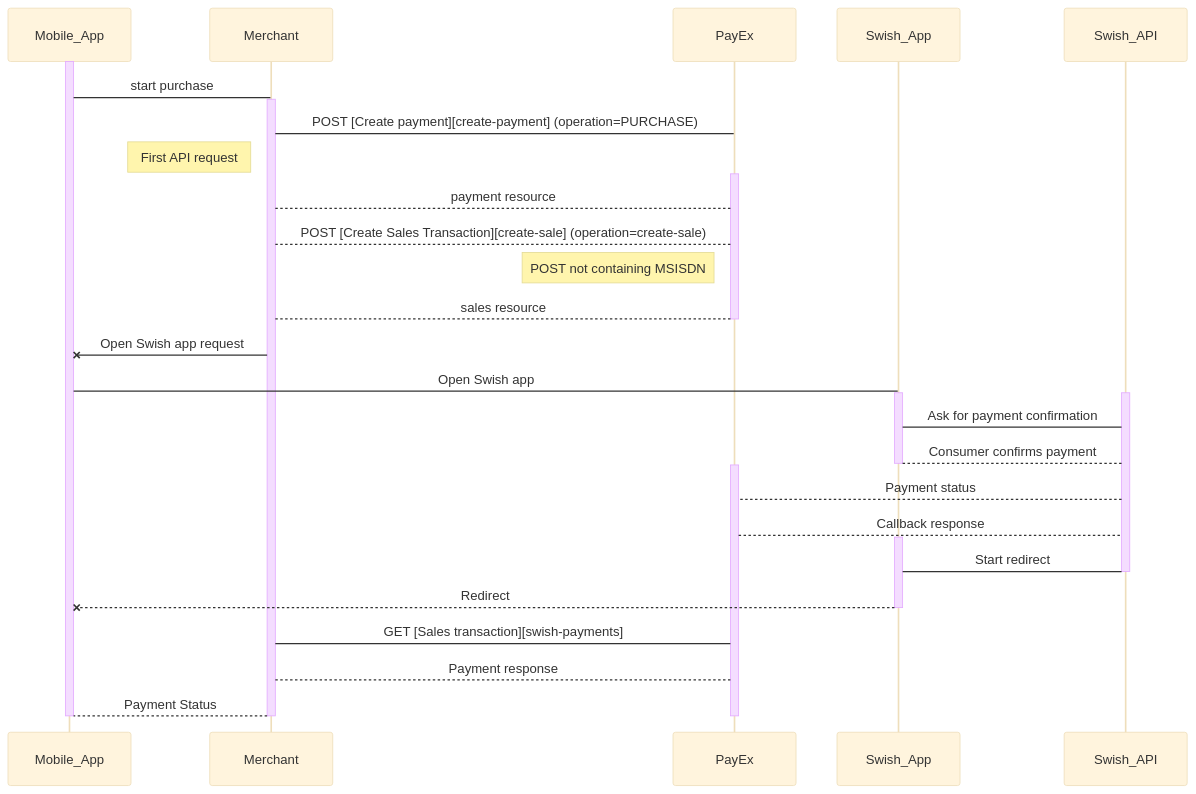
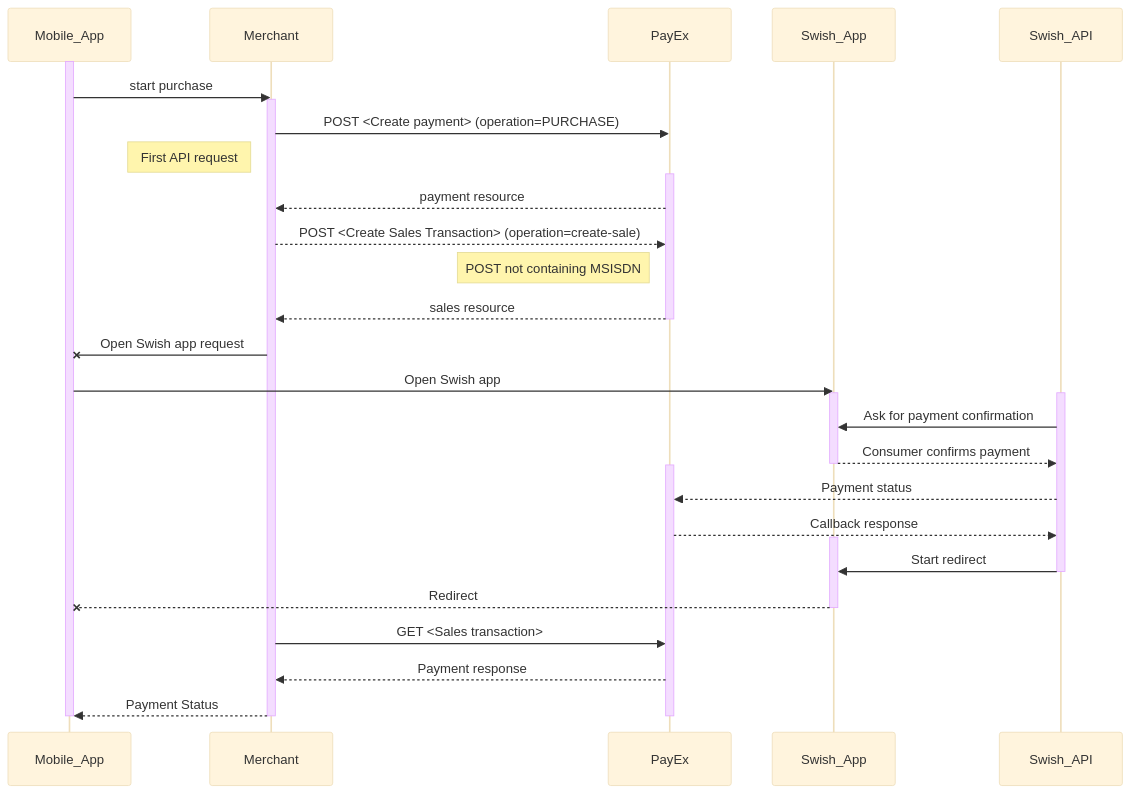
Before and after one commit to SwedbankPay/developer.swedbankpay.com: the fifth of 7 diagrams in payments/swish/index.md, drawn with Mermaid (base theme). The commit also changed other lines of this file, not shown here.

Commit message:
dx-256 fix line lengths in swish index

````diff
--- a/payments/swish/index.md
+++ b/payments/swish/index.md
@@ -295,41 +410,41 @@
 ```mermaid
 sequenceDiagram
   Activate Mobile_App
-  Mobile_App->Merchant: start purchase
+  Mobile_App->>Merchant: start purchase
   Activate Merchant
-  Merchant->PayEx: POST [Create payment][create-payment] (operation=PURCHASE)
+  Merchant->>PayEx: POST <Create payment> (operation=PURCHASE)
   note left of Merchant: First API request
   Activate PayEx
-  PayEx-->Merchant: payment resource
+  PayEx-->>Merchant: payment resource
 
-  Merchant-->PayEx: POST [Create Sales Transaction][create-sale] (operation=create-sale)
+  Merchant-->>PayEx: POST <Create Sales Transaction> (operation=create-sale)
   note left of PayEx: POST not containing MSISDN
-  PayEx-->Merchant: sales resource
+  PayEx-->>Merchant: sales resource
   Deactivate PayEx
   
   Merchant-xMobile_App: Open Swish app request
-  Mobile_App->Swish_App: Open Swish app
+  Mobile_App->>Swish_App: Open Swish app
   
   Activate Swish_API
   Activate Swish_App
-  Swish_API->Swish_App: Ask for payment confirmation
-  Swish_App-->Swish_API: Consumer confirms payment
+  Swish_API->>Swish_App: Ask for payment confirmation
+  Swish_App-->>Swish_API: Consumer confirms payment
   Deactivate Swish_App
   
   Activate PayEx
-  Swish_API-->PayEx: Payment status
-  PayEx-->Swish_API: Callback response
+  Swish_API-->>PayEx: Payment status
+  PayEx-->>Swish_API: Callback response
   Activate Swish_App
-  Swish_API->Swish_App: Start redirect
+  Swish_API->>Swish_App: Start redirect
   Deactivate Swish_API
 
   Swish_App--xMobile_App: Redirect
   Deactivate Swish_App
-  Merchant->PayEx: GET [Sales transaction][swish-payments]
-  PayEx-->Merchant: Payment response
-  Merchant-->Mobile_App: Payment Status  
+  Merchant->>PayEx: GET <Sales transaction>
+  PayEx-->>Merchant: Payment response
+  Merchant-->>Mobile_App: Payment Status  
   
   Deactivate Merchant 
   Deactivate Mobile_App
   Deactivate PayEx
 ```
````
